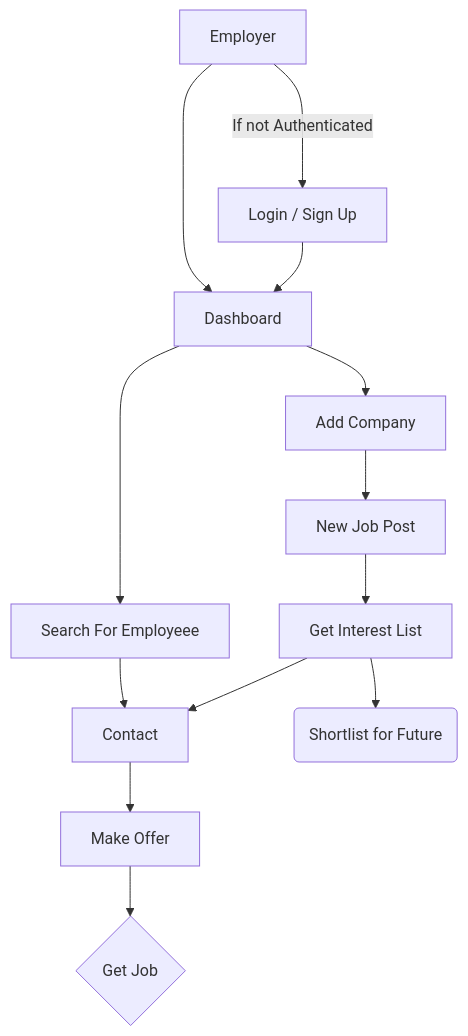
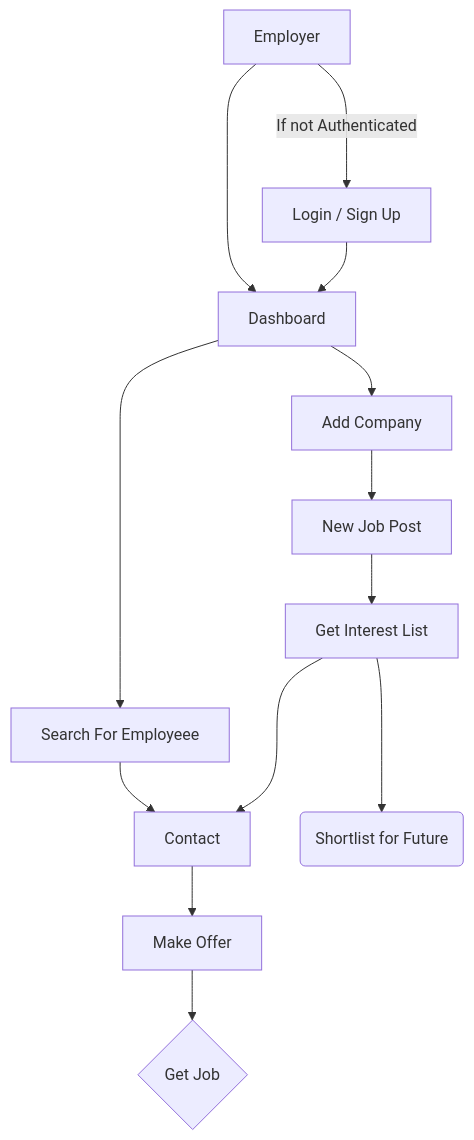
One commit to Think-To-Share/last_working_day_planning changed the second of 2 diagrams in README.md. Above: the diagram before and after it, drawn with Mermaid.

````diff
--- a/README.md
+++ b/README.md
@@ -15,15 +15,15 @@
 ```mermaid
 graph TD;
    E[Employer]--->|If not Authenticated| L[Login / Sign Up];
    E-->D[Dashboard];
    L-->D;
    D-->A_C[Add Company];
    A_C-->New_J[New Job Post];
    D-->S[Search For Employeee];
    S-->Contact;
    Contact-->O[Make Offer];
    New_J-->In[Get Interest List];
-   In-->Contact;
-   In-->Sh(Shortlist for Future);
+   In--->Contact;
+   In--->Sh(Shortlist for Future);
    O-->Job{Get Job};
 ```
````
